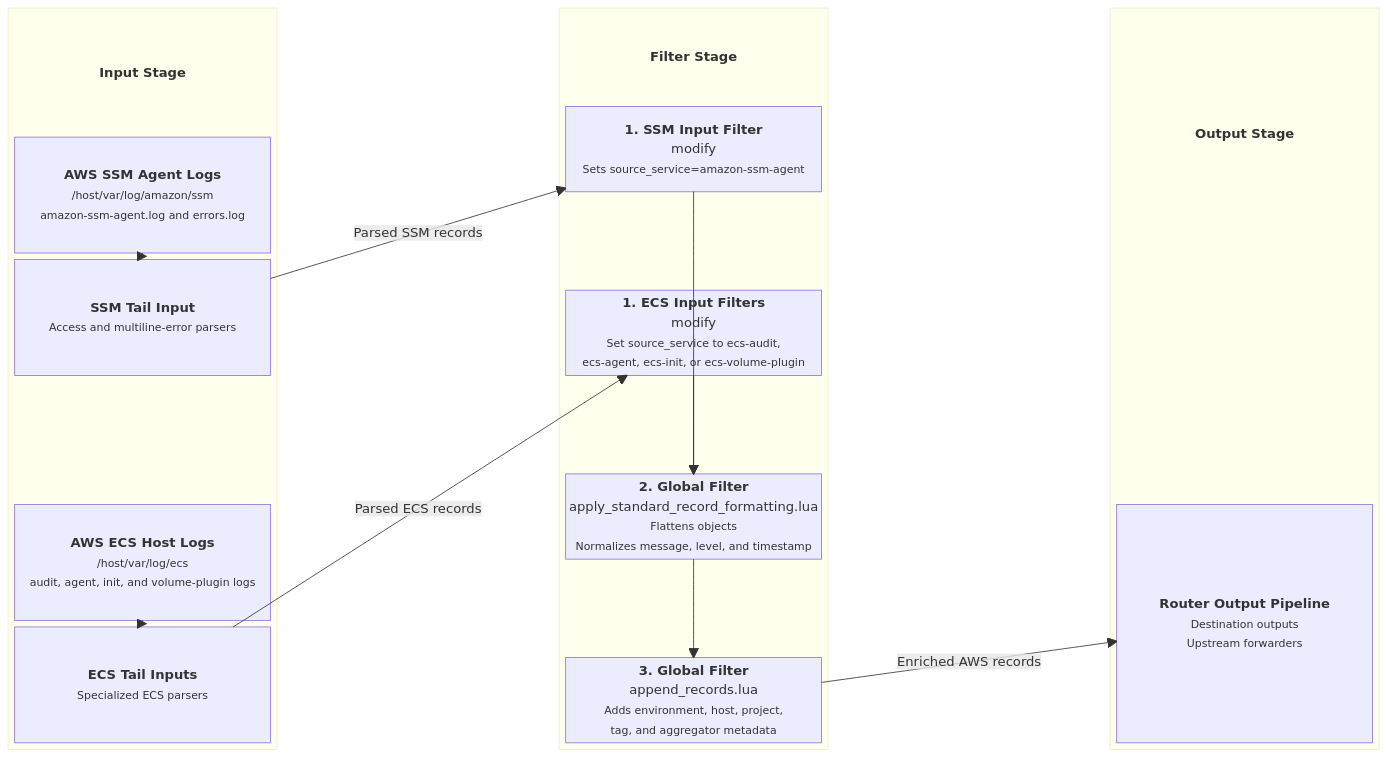
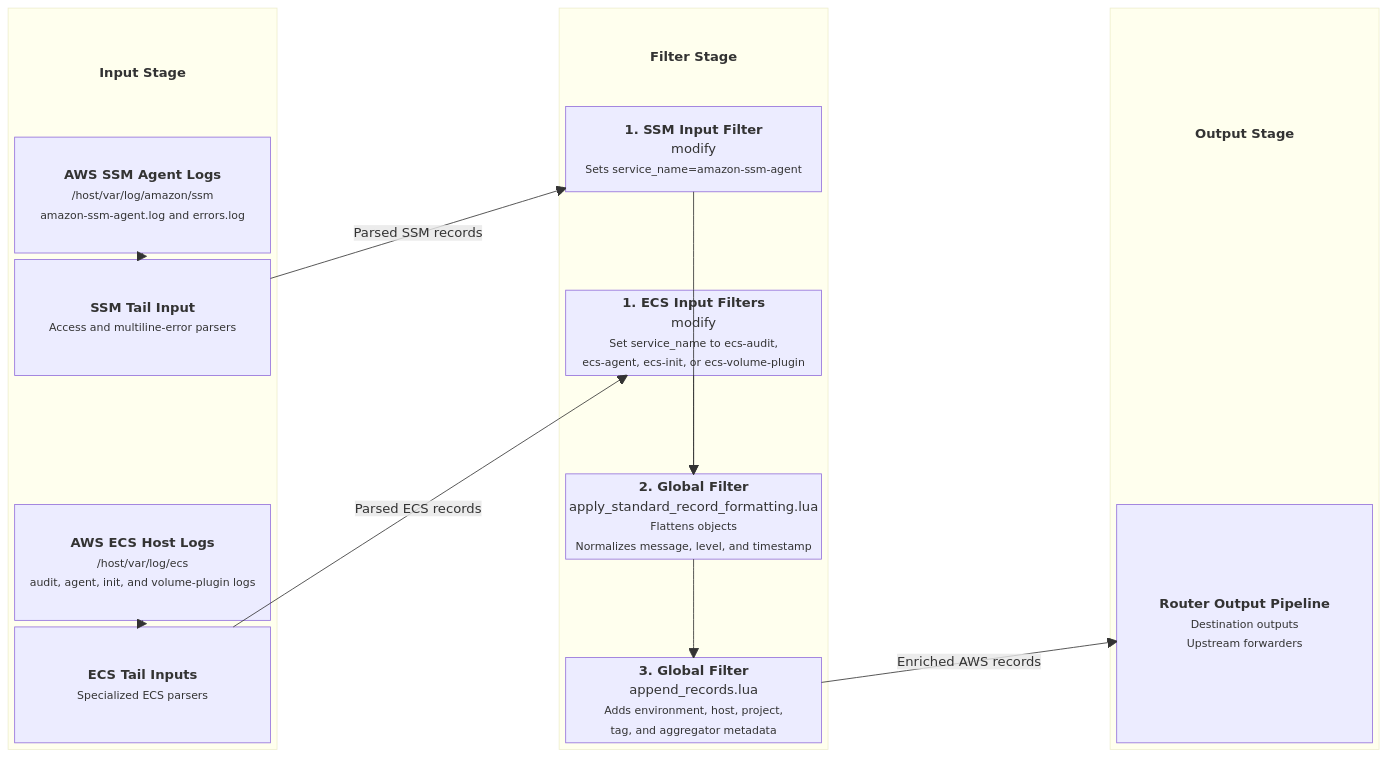
Before and after one commit to Josh5/fluent-bit-router: the diagram in docs/input-aws-cloud.md, drawn with Mermaid. The commit also changed other lines of this file and 27 other files, not shown here.

````diff
--- a/docs/input-aws-cloud.md
+++ b/docs/input-aws-cloud.md
@@ -28,50 +28,50 @@
 ```mermaid
 block-beta
     columns 5
 
     block:InputStage
         columns 1
         InputTitle["<b>Input Stage</b>"]
         A["<b>AWS SSM Agent Logs</b><br/><small>/host/var/log/amazon/ssm<br/>amazon-ssm-agent.log and errors.log</small>"]
         B["<b>SSM Tail Input</b><br/><small>Access and multiline-error parsers</small>"]
         space
         C["<b>AWS ECS Host Logs</b><br/><small>/host/var/log/ecs<br/>audit, agent, init, and volume-plugin logs</small>"]
         D["<b>ECS Tail Inputs</b><br/><small>Specialized ECS parsers</small>"]
     end
 
     space
 
     block:FilterStage
         columns 1
         FilterTitle["<b>Filter Stage</b>"]
-        E["<b>1. SSM Input Filter</b><br/>modify<br/><small>Sets source_service=amazon-ssm-agent</small>"]
+        E["<b>1. SSM Input Filter</b><br/>modify<br/><small>Sets service_name=amazon-ssm-agent</small>"]
         space
-        F["<b>1. ECS Input Filters</b><br/>modify<br/><small>Set source_service to ecs-audit,<br/>ecs-agent, ecs-init, or ecs-volume-plugin</small>"]
+        F["<b>1. ECS Input Filters</b><br/>modify<br/><small>Set service_name to ecs-audit,<br/>ecs-agent, ecs-init, or ecs-volume-plugin</small>"]
         space
         G["<b>2. Global Filter</b><br/>apply_standard_record_formatting.lua<br/><small>Flattens objects<br/>Normalizes message, level, and timestamp</small>"]
         space
         H["<b>3. Global Filter</b><br/>append_records.lua<br/><small>Adds environment, host, project,<br/>tag, and aggregator metadata</small>"]
     end
 
     space
 
     block:OutputStage
         columns 1
         OutputTitle["<b>Output Stage</b>"]
         space
         I["<b>Router Output Pipeline</b><br/><small>Destination outputs<br/>Upstream forwarders</small>"]
     end
 
     A --> B
     C --> D
     B -- "Parsed SSM records" --> E
     D -- "Parsed ECS records" --> F
     E --> G
     F --> G
     G --> H
     H -- "Enriched AWS records" --> I
 
     style InputTitle fill:none,stroke:none
     style FilterTitle fill:none,stroke:none
     style OutputTitle fill:none,stroke:none
 ```
````
